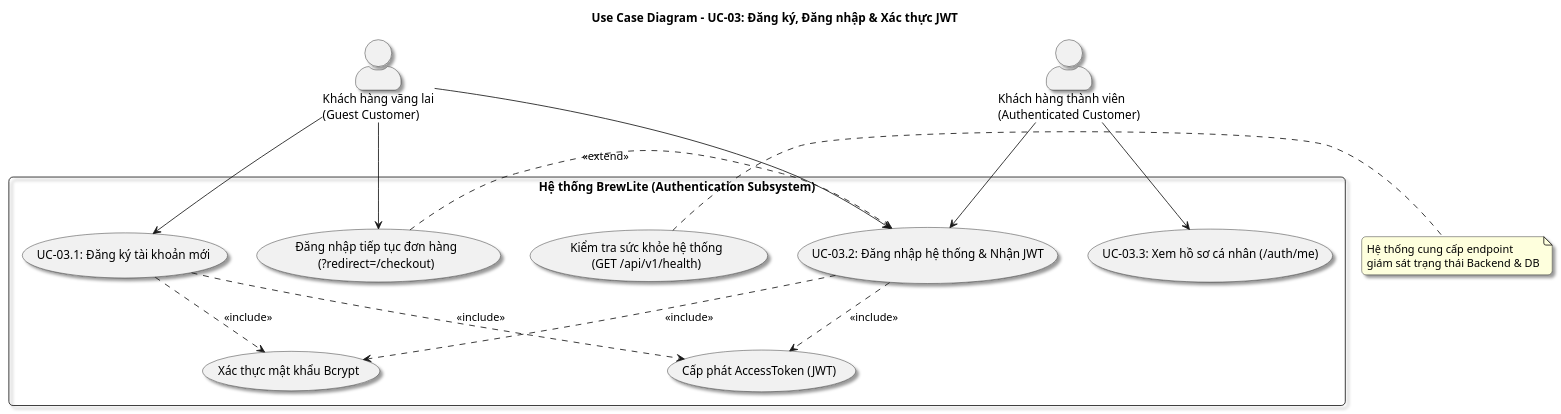
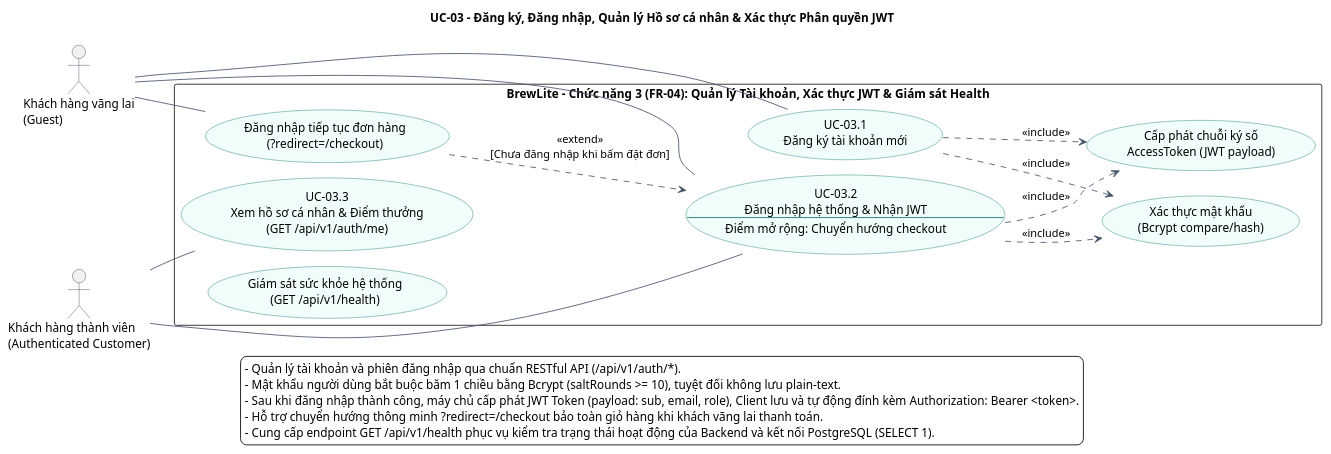
One commit to SamuiSang/brewlite2 changed the diagram in docs/diagrams/uc-03-auth.puml. Above: the diagram before and after it, drawn with PlantUML. The commit also changed 4 other files, not shown here.

Commit message:
docs(task1.2-1.3): update UC-03 usecase-checkout-spec, fix uc-03-auth diagram layout and formatting

```diff
--- a/docs/diagrams/uc-03-auth.puml
+++ b/docs/diagrams/uc-03-auth.puml
@@ -1,40 +1,49 @@
 @startuml uc-03-auth
-title Use Case Diagram - UC-03: Đăng ký, Đăng nhập & Xác thực JWT
-skinparam actorStyle awesome
+!pragma layout smetana
+left to right direction
+skinparam nodesep 60
+skinparam ranksep 80
+skinparam backgroundColor white
+skinparam shadowing false
+skinparam defaultFontName SansSerif
 skinparam packageStyle rectangle
-skinparam roundcorner 10
-skinparam monochrome false
-skinparam shadowing true
+skinparam ArrowColor #475569
+skinparam usecaseBackgroundColor #F0FDFA
+skinparam usecaseBorderColor #0F766E
+skinparam actorBorderColor #334155
+title UC-03 - Đăng ký, Đăng nhập, Quản lý Hồ sơ cá nhân & Xác thực Phân quyền JWT
 
-actor "Khách hàng vãng lai\n(Guest Customer)" as Guest
+actor "Khách hàng vãng lai\n(Guest)" as Guest
 actor "Khách hàng thành viên\n(Authenticated Customer)" as Customer
 
-rectangle "Hệ thống BrewLite (Authentication Subsystem)" {
-    usecase "UC-03.1: Đăng ký tài khoản mới" as UC_Register
-    usecase "UC-03.2: Đăng nhập hệ thống & Nhận JWT" as UC_Login
-    usecase "Xác thực mật khẩu Bcrypt" as UC_Bcrypt
-    usecase "Cấp phát AccessToken (JWT)" as UC_IssueJWT
-    usecase "UC-03.3: Xem hồ sơ cá nhân (/auth/me)" as UC_Profile
+rectangle "BrewLite - Chức năng 3 (FR-04): Quản lý Tài khoản, Xác thực JWT & Giám sát Health" {
+    usecase "UC-03.1\nĐăng ký tài khoản mới" as UC_Register
+    usecase "UC-03.2\nĐăng nhập hệ thống & Nhận JWT\n--\nĐiểm mở rộng: Chuyển hướng checkout" as UC_Login
+    usecase "UC-03.3\nXem hồ sơ cá nhân & Điểm thưởng\n(GET /api/v1/auth/me)" as UC_Profile
+    usecase "Xác thực mật khẩu\n(Bcrypt compare/hash)" as UC_Bcrypt
+    usecase "Cấp phát chuỗi ký số\nAccessToken (JWT payload)" as UC_IssueJWT
     usecase "Đăng nhập tiếp tục đơn hàng\n(?redirect=/checkout)" as UC_RedirectLogin
-    usecase "Kiểm tra sức khỏe hệ thống\n(GET /api/v1/health)" as UC_Health
+    usecase "Giám sát sức khỏe hệ thống\n(GET /api/v1/health)" as UC_Health
+
+    UC_Login ..> UC_Bcrypt : <<include>>
+    UC_Login ..> UC_IssueJWT : <<include>>
+    UC_Register ..> UC_Bcrypt : <<include>>
+    UC_Register ..> UC_IssueJWT : <<include>>
+    UC_RedirectLogin ..> UC_Login : <<extend>>\n[Chưa đăng nhập khi bấm đặt đơn]
 }
 
-Guest --> UC_Register
-Guest --> UC_Login
-Guest --> UC_RedirectLogin
+Guest -- UC_Register
+Guest -- UC_Login
+Guest -- UC_RedirectLogin
 
-Customer --> UC_Profile
-Customer --> UC_Login
+Customer -- UC_Profile
+Customer -- UC_Login
 
-UC_Login ..> UC_Bcrypt : <<include>>
-UC_Login ..> UC_IssueJWT : <<include>>
-UC_Register ..> UC_Bcrypt : <<include>>
-UC_Register ..> UC_IssueJWT : <<include>>
-UC_RedirectLogin .> UC_Login : <<extend>>
-
-note right of UC_Health
-  Hệ thống cung cấp endpoint
-  giám sát trạng thái Backend & DB
-end note
-
+legend bottom
+  - Quản lý tài khoản và phiên đăng nhập qua chuẩn RESTful API (/api/v1/auth/*).
+  - Mật khẩu người dùng bắt buộc băm 1 chiều bằng Bcrypt (saltRounds >= 10), tuyệt đối không lưu plain-text.
+  - Sau khi đăng nhập thành công, máy chủ cấp phát JWT Token (payload: sub, email, role), Client lưu và tự động đính kèm Authorization: Bearer <token>.
+  - Hỗ trợ chuyển hướng thông minh ?redirect=/checkout bảo toàn giỏ hàng khi khách vãng lai thanh toán.
+  - Cung cấp endpoint GET /api/v1/health phục vụ kiểm tra trạng thái hoạt động của Backend và kết nối PostgreSQL (SELECT 1).
+endlegend
 @enduml
```
